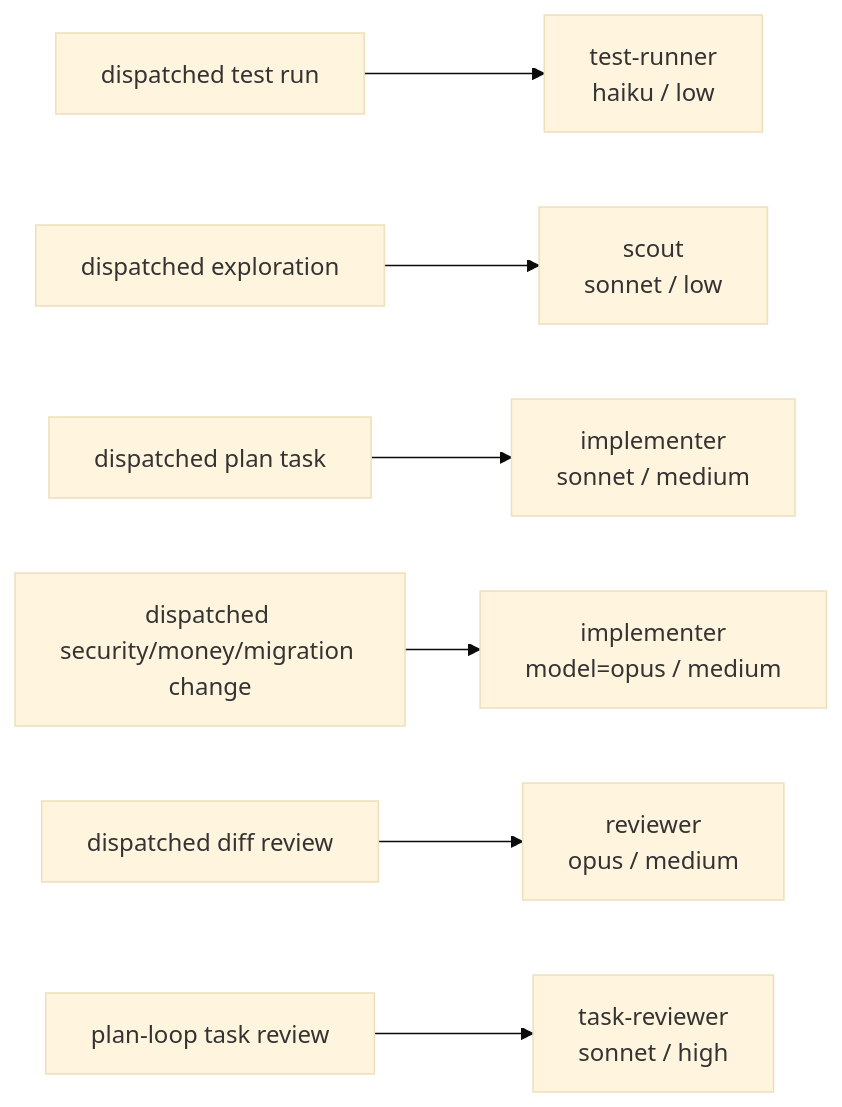
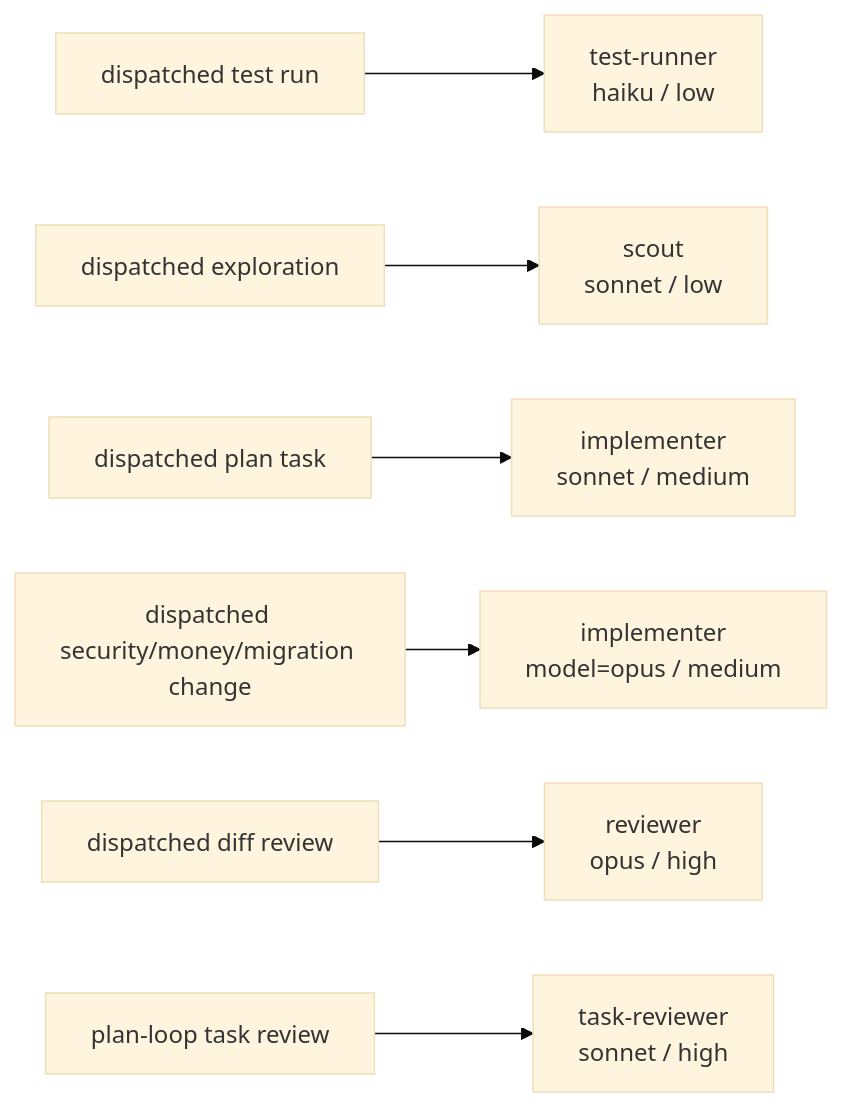
The third of 3 diagrams in README.md (AqueGen/model-routing), drawn with Mermaid (base theme) before and after one commit. The commit also changed other lines of this file and 11 other files, not shown here.

````diff
--- a/README.md
+++ b/README.md
@@ -194,9 +192,9 @@
 ```mermaid
 flowchart LR
     A["dispatched test run"] --> TR["test-runner<br/>haiku / low"]
     B["dispatched exploration"] --> SC["scout<br/>sonnet / low"]
     C["dispatched plan task"] --> IM["implementer<br/>sonnet / medium"]
     D["dispatched security/money/migration change"] --> IMO["implementer<br/>model=opus / medium"]
-    E["dispatched diff review"] --> RV["reviewer<br/>opus / medium"]
+    E["dispatched diff review"] --> RV["reviewer<br/>opus / high"]
     G["plan-loop task review"] --> TRV["task-reviewer<br/>sonnet / high"]
 ```
````
